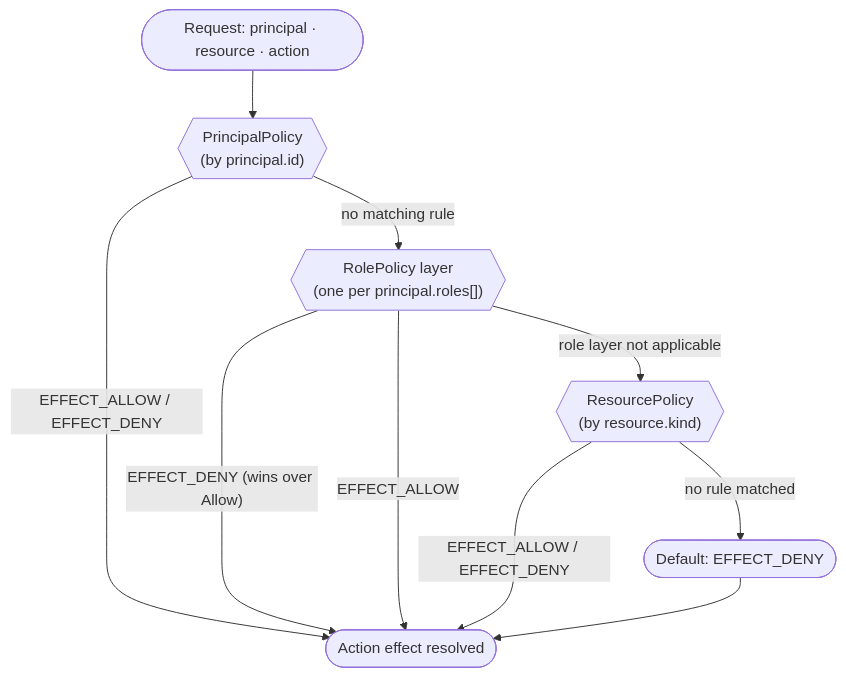
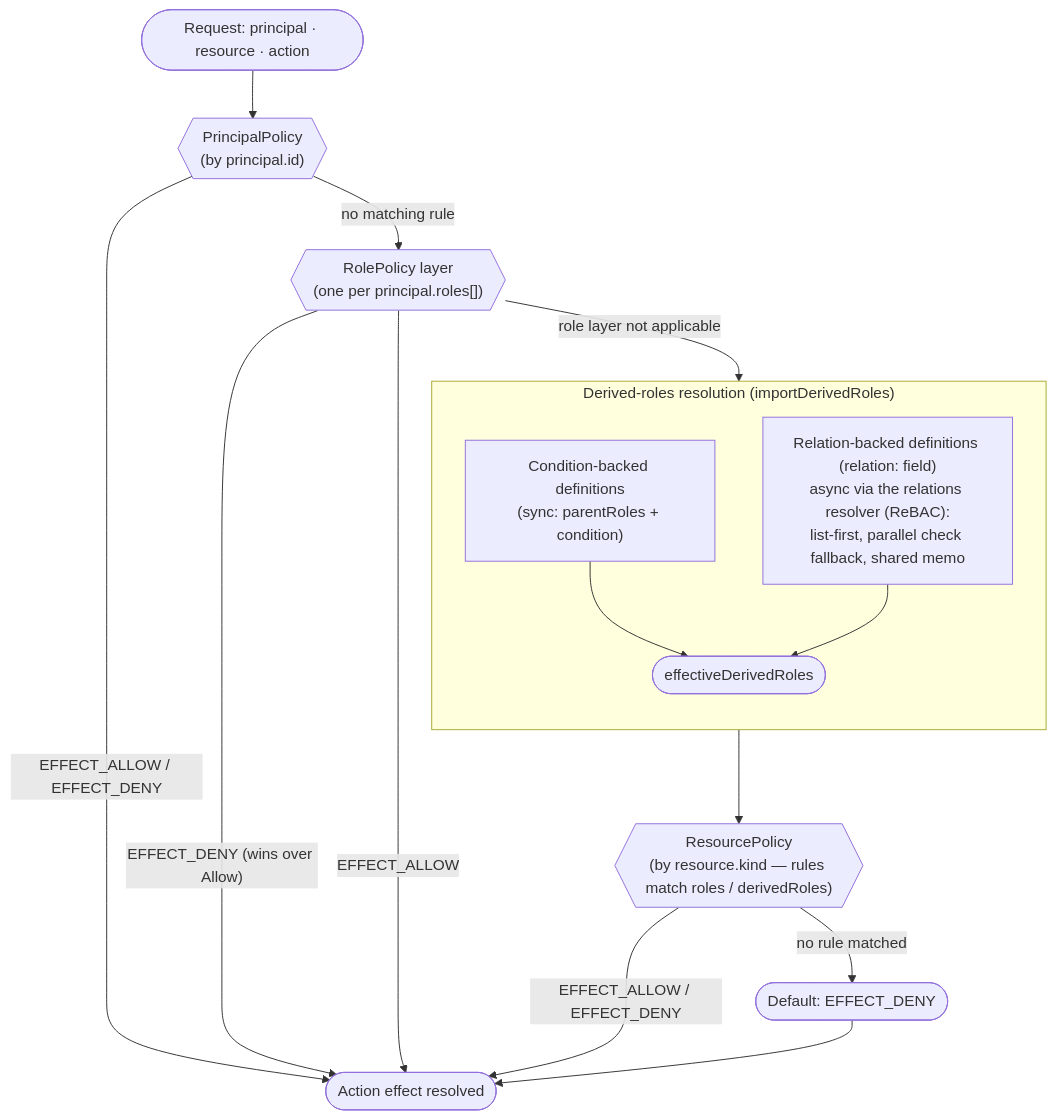
One commit to Alexis-Technologies/kerberos changed the diagram in README.md. Above: the diagram before and after it, drawn with Mermaid. The commit also changed other lines of this file and 74 other files, not shown here.

````diff
--- a/README.md
+++ b/README.md
@@ -363,14 +380,22 @@
 ```mermaid
 flowchart TD
     A([Request: principal · resource · action]) --> P{{"PrincipalPolicy<br/>(by principal.id)"}}
     P -->|"EFFECT_ALLOW / EFFECT_DENY"| DONE([Action effect resolved])
     P -->|no matching rule| R{{"RolePolicy layer<br/>(one per principal.roles[])"}}
 
     R -->|"EFFECT_DENY (wins over Allow)"| DONE
     R -->|"EFFECT_ALLOW"| DONE
-    R -->|role layer not applicable| RES{{"ResourcePolicy<br/>(by resource.kind)"}}
+    R -->|role layer not applicable| DR
+
+    subgraph DR ["Derived-roles resolution (importDerivedRoles)"]
+        direction TB
+        SYNC["Condition-backed definitions<br/>(sync: parentRoles + condition)"] --> EDR([effectiveDerivedRoles])
+        REL["Relation-backed definitions (relation: field)<br/>async via the relations resolver (ReBAC):<br/>list-first, parallel check fallback, shared memo"] --> EDR
+    end
+
+    EDR --> RES{{"ResourcePolicy<br/>(by resource.kind — rules match roles / derivedRoles)"}}
 
     RES -->|"EFFECT_ALLOW / EFFECT_DENY"| DONE
     RES -->|no rule matched| DEF([Default: EFFECT_DENY])
     DEF --> DONE
 ```
````
